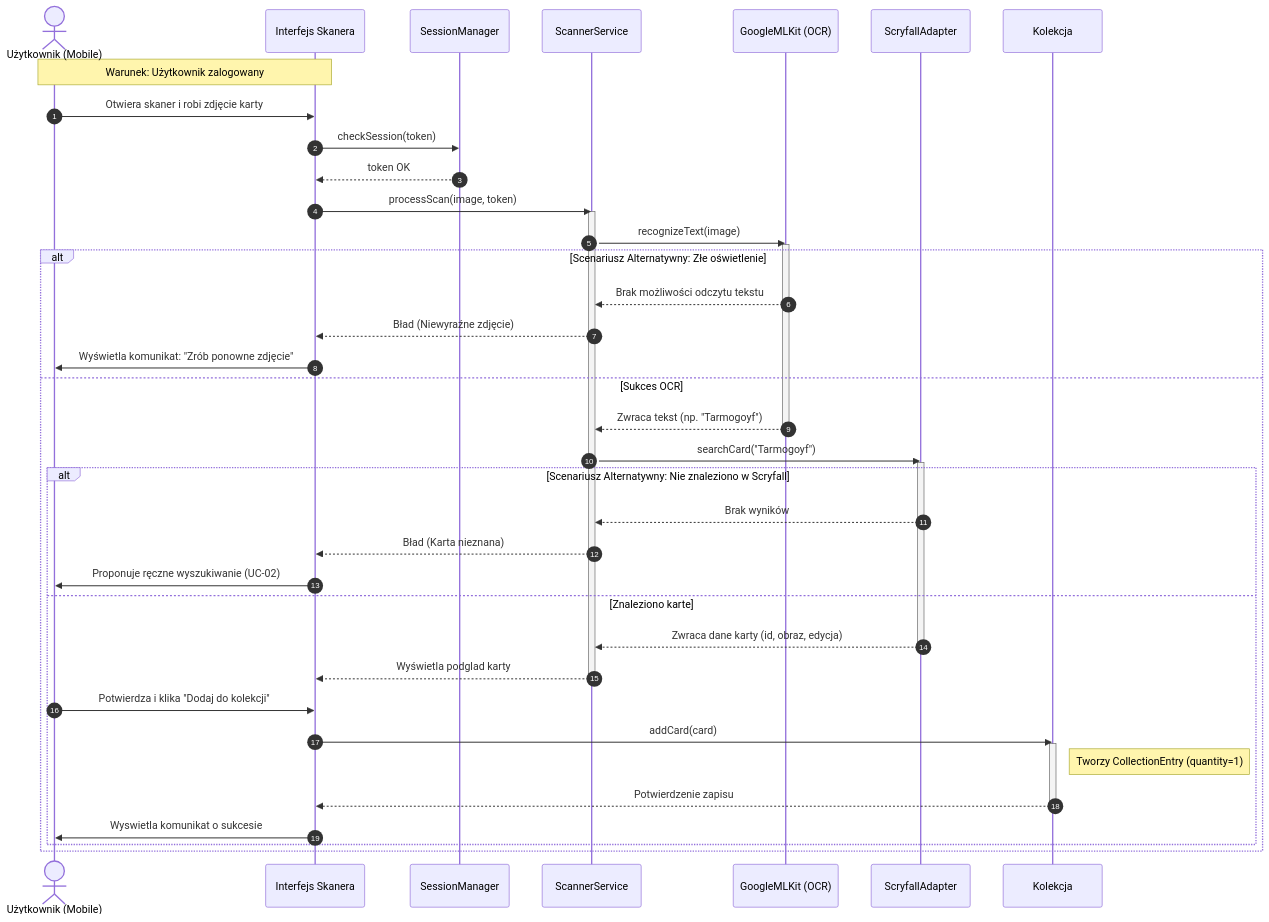
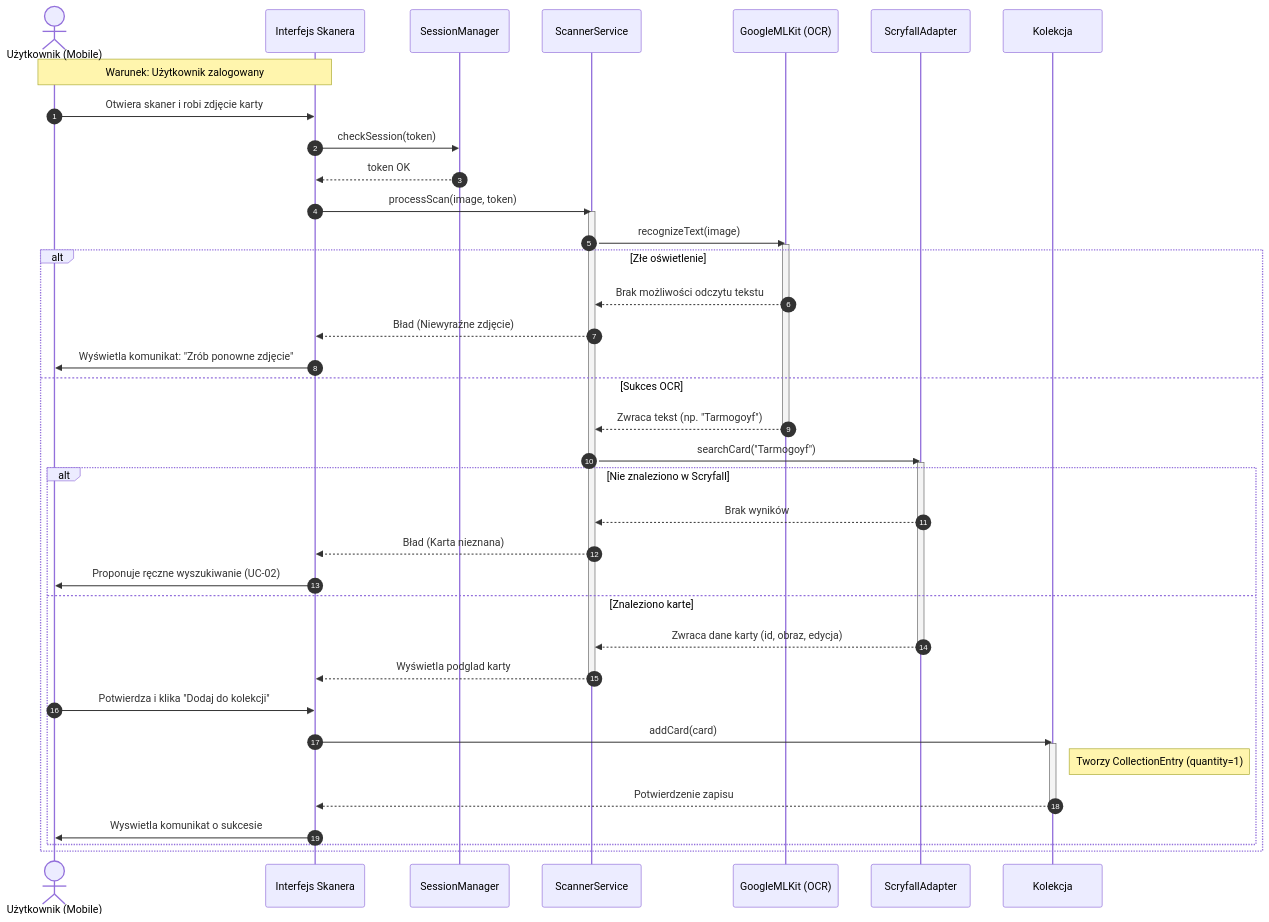
The third of 7 diagrams in work_in_progress/diagramSekwencji.md (IO-2026-Pryncypalki/Grimoire_MTG), drawn with Mermaid before and after one commit. The commit also changed other lines of this file and 1 other file, not shown here.

````diff
--- a/work_in_progress/diagramSekwencji.md
+++ b/work_in_progress/diagramSekwencji.md
@@ -108,55 +108,55 @@
 ```mermaid
 sequenceDiagram
     autonumber
     actor U as Użytkownik (Mobile)
     participant UI as Interfejs Skanera
     participant SM as SessionManager
     participant SS as ScannerService
     participant ML as GoogleMLKit (OCR)
     participant SA as ScryfallAdapter
     participant COL as Kolekcja
 
     Note over U, UI: Warunek: Użytkownik zalogowany
 
     U->>UI: Otwiera skaner i robi zdjęcie karty
     UI->>SM: checkSession(token)
     SM-->>UI: token OK
 
     UI->>SS: processScan(image, token)
     activate SS
 
     SS->>ML: recognizeText(image)
     activate ML
 
-    alt Scenariusz Alternatywny: Złe oświetlenie
+    alt  Złe oświetlenie
         ML-->>SS: Brak możliwości odczytu tekstu
         SS-->>UI: Bład (Niewyraźne zdjęcie)
         UI->>U: Wyświetla komunikat: "Zrób ponowne zdjęcie"
     else Sukces OCR
         ML-->>SS: Zwraca tekst (np. "Tarmogoyf")
         deactivate ML
 
         SS->>SA: searchCard("Tarmogoyf")
         activate SA
 
-        alt Scenariusz Alternatywny: Nie znaleziono w Scryfall
+        alt  Nie znaleziono w Scryfall
             SA-->>SS: Brak wyników
             SS-->>UI: Bład (Karta nieznana)
             UI->>U: Proponuje ręczne wyszukiwanie (UC-02)
         else Znaleziono karte
             SA-->>SS: Zwraca dane karty (id, obraz, edycja)
             deactivate SA
 
             SS-->>UI: Wyświetla podglad karty
             deactivate SS
 
             U->>UI: Potwierdza i klika "Dodaj do kolekcji"
             UI->>COL: addCard(card)
             activate COL
             Note right of COL: Tworzy CollectionEntry (quantity=1)
             COL-->>UI: Potwierdzenie zapisu
             deactivate COL
             UI->>U: Wyswietla komunikat o sukcesie
         end
     end
 ```
````
